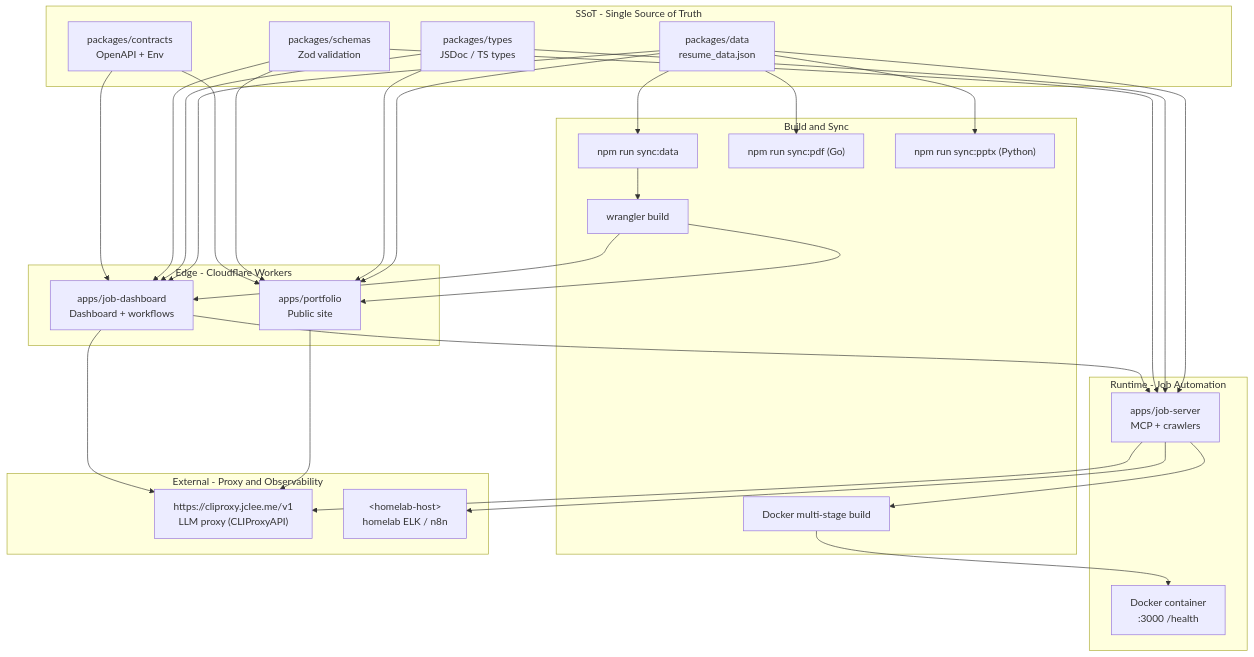
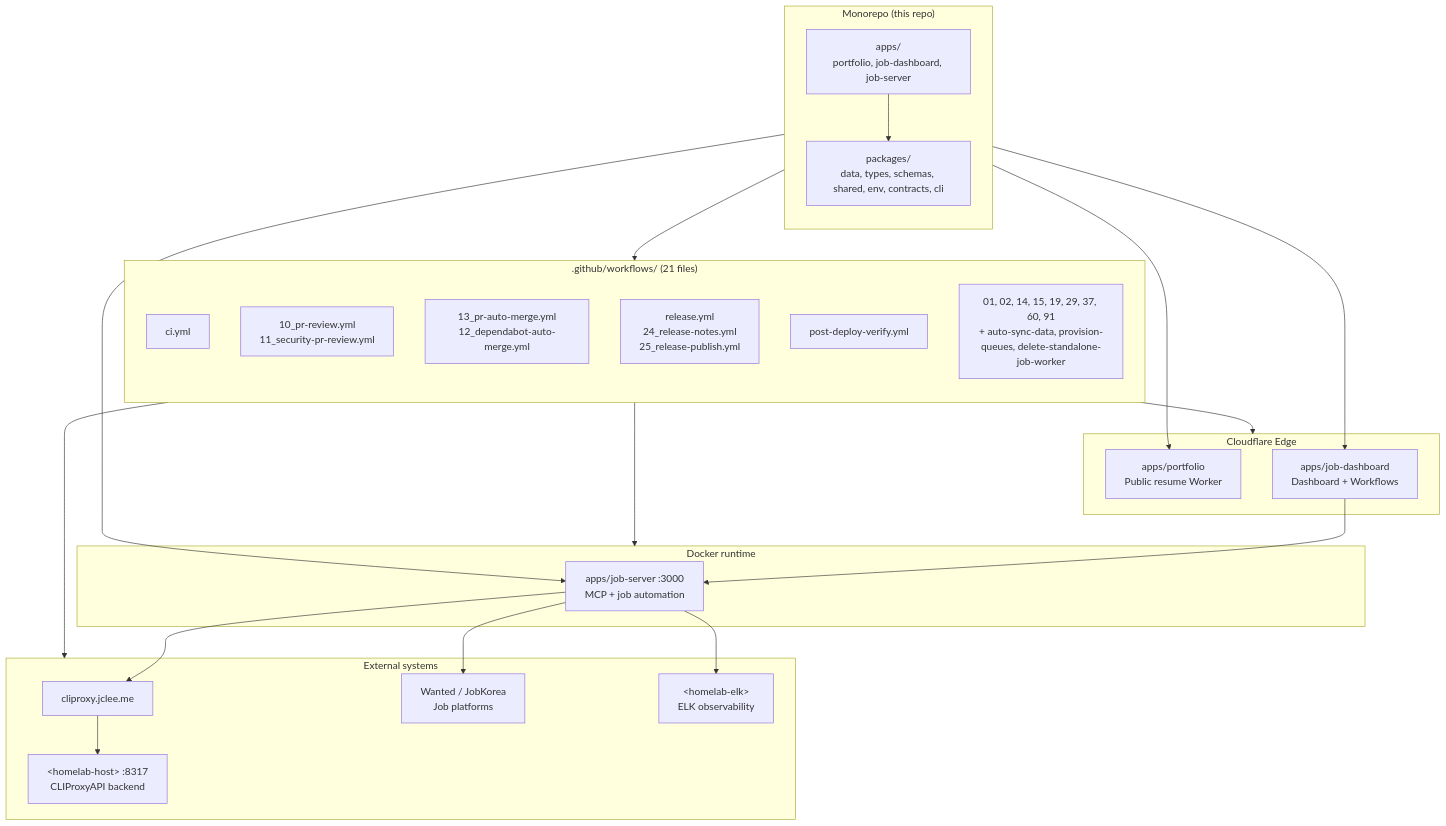
Before and after one commit to jclee941/resume: the diagram in README.md, drawn with Mermaid. The commit also changed other lines of this file, not shown here.

Commit message:
docs: auto-update README.md (#871)

````diff
--- a/README.md
+++ b/README.md
@@ -64,57 +70,50 @@
 ```mermaid
 flowchart TB
-    subgraph SSoT["SSoT - Single Source of Truth"]
-        A1["packages/data<br/>resume_data.json"]
-        A2["packages/types<br/>JSDoc / TS types"]
-        A3["packages/schemas<br/>Zod validation"]
-        A4["packages/contracts<br/>OpenAPI + Env"]
+    subgraph MONOREPO["Monorepo (this repo)"]
+        direction TB
+        PKGS["packages/<br/>data, types, schemas, shared, env, contracts, cli"]
+        APPS["apps/<br/>portfolio, job-dashboard, job-server"]
+        APPS --> PKGS
     end
 
-    subgraph Build["Build and Sync"]
-        B1["npm run sync:data"]
-        B2["npm run sync:pdf (Go)"]
-        B3["npm run sync:pptx (Python)"]
-        B4["wrangler build"]
-        B5["Docker multi-stage build"]
+    subgraph CI[".github/workflows/ (21 files)"]
+        direction TB
+        WCI[ci.yml]
+        WPR["10_pr-review.yml<br/>11_security-pr-review.yml"]
+        WAM["13_pr-auto-merge.yml<br/>12_dependabot-auto-merge.yml"]
+        WREL["release.yml<br/>24_release-notes.yml<br/>25_release-publish.yml"]
+        WPV[post-deploy-verify.yml]
+        WOT["01, 02, 14, 15, 19, 29, 37, 60, 91<br/>+ auto-sync-data, provision-queues, delete-standalone-job-worker"]
     end
 
-    subgraph Edge["Edge - Cloudflare Workers"]
-        C1["apps/portfolio<br/>Public site"]
-        C2["apps/job-dashboard<br/>Dashboard + workflows"]
+    subgraph EDGE["Cloudflare Edge"]
+        CW1["apps/portfolio<br/>Public resume Worker"]
+        CW2["apps/job-dashboard<br/>Dashboard + Workflows"]
     end
 
-    subgraph Runtime["Runtime - Job Automation"]
-        D1["apps/job-server<br/>MCP + crawlers"]
-        D2["Docker container<br/>:3000 /health"]
+    subgraph DR["Docker runtime"]
+        JS["apps/job-server :3000<br/>MCP + job automation"]
     end
 
-    subgraph External["External - Proxy and Observability"]
-        E1["https://cliproxy.jclee.me/v1<br/>LLM proxy (CLIProxyAPI)"]
-        E2["&lt;homelab-host&gt;<br/>homelab ELK / n8n"]
+    subgraph EXT["External systems"]
+        EP[cliproxy.jclee.me]
+        HL["&lt;homelab-host&gt; :8317<br/>CLIProxyAPI backend"]
+        JB["Wanted / JobKorea<br/>Job platforms"]
+        OBS["&lt;homelab-elk&gt;<br/>ELK observability"]
     end
 
-    A1 --> B1
-    A1 --> B2
-    A1 --> B3
-    A1 --> C1
-    A1 --> C2
-    A1 --> D1
-    A2 --> C1
-    A2 --> C2
-    A2 --> D1
-    A3 --> C1
-    A3 --> C2
-    A3 --> D1
-    A4 --> C1
-    A4 --> C2
-    B1 --> B4
-    B4 --> C1
-    B4 --> C2
-    D1 --> B5
-    B5 --> D2
-    C2 --> D1
-    C1 --> E1
-    C2 --> E1
-    D1 --> E1
-    D1 --> E2
+    MONOREPO --> CI
+    CI --> EDGE
+    CI --> DR
+    WPV --> EXT
+
+    APPS --> CW1
+    APPS --> CW2
+    APPS --> JS
+
+    JS --> EP
+    EP --> HL
+    JS --> JB
+    JS --> OBS
+    CW2 --> JS
 ```
````
